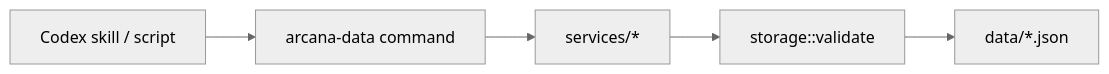
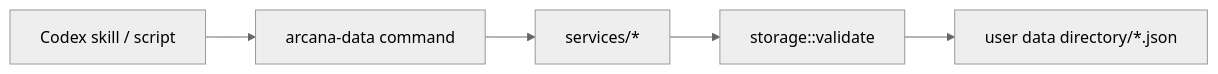
One commit to FollyCoolly/Arcana changed the fourth of 4 diagrams in docs/architecture.md. Above: the diagram before and after it, drawn with Mermaid (neutral theme). The commit also changed other lines of this file and 23 other files, not shown here.

````diff
--- a/docs/architecture.md
+++ b/docs/architecture.md
@@ -388,7 +385,7 @@
 ```mermaid
 flowchart LR
     Skill["Codex skill / script"] --> CLI["arcana-data command"]
     CLI --> Services["services/*"]
     Services --> Validate["storage::validate"]
-    Validate --> JSON["data/*.json"]
+    Validate --> JSON["user data directory/*.json"]
 ```
````
